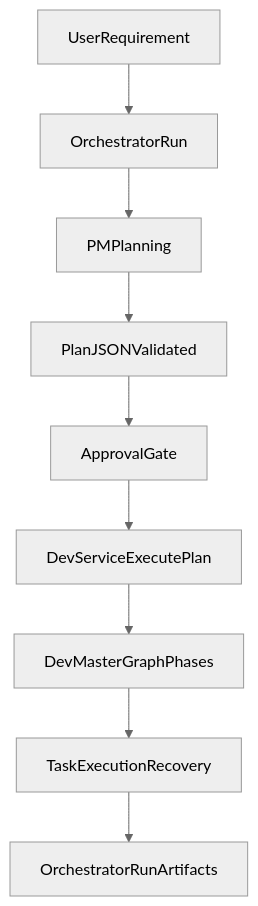
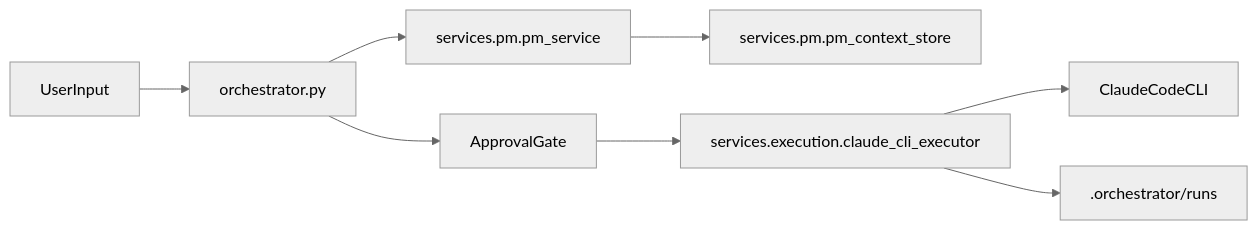
One commit to tomastraini/ai-orchestrator changed the diagram in documentation/architecture-deep-dive.md. Above: the diagram before and after it, drawn with Mermaid (neutral theme). The commit also changed other lines of this file and 112 other files, not shown here.

````diff
--- a/documentation/architecture-deep-dive.md
+++ b/documentation/architecture-deep-dive.md
@@ -387,11 +5,10 @@
 ```mermaid
-flowchart TD
-    userReq[UserRequirement] --> orchestratorRun[OrchestratorRun]
-    orchestratorRun --> pmPlanning[PMPlanning]
-    pmPlanning --> planJson[PlanJSONValidated]
-    planJson --> approvalGate[ApprovalGate]
-    approvalGate --> devService[DevServiceExecutePlan]
-    devService --> devGraph[DevMasterGraphPhases]
-    devGraph --> taskExecutor[TaskExecutionRecovery]
-    taskExecutor --> runArtifacts[OrchestratorRunArtifacts]
+flowchart LR
+  userInput[UserInput] --> orchestrator[orchestrator.py]
+  orchestrator --> pmService[services.pm.pm_service]
+  pmService --> contextStore[services.pm.pm_context_store]
+  orchestrator --> approvalGate[ApprovalGate]
+  approvalGate --> executor[services.execution.claude_cli_executor]
+  executor --> claudeCli[ClaudeCodeCLI]
+  executor --> artifacts[.orchestrator/runs]
 ```
````
